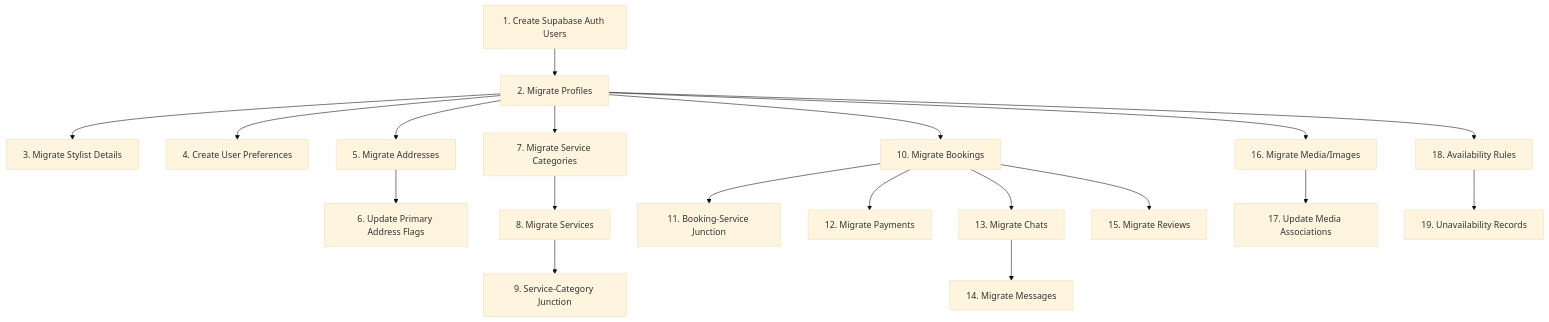
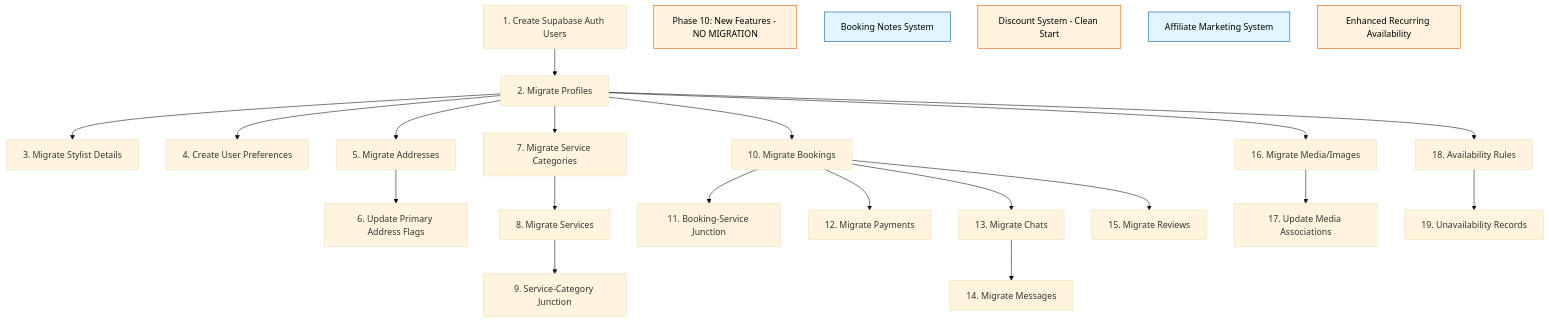
One commit to nabostylisten/nabostylisten changed the diagram in migration-mapping-analysis.md. Above: the diagram before and after it, drawn with Mermaid (base theme). The commit also changed other lines of this file and 6 other files, not shown here.

````diff
--- a/migration-mapping-analysis.md
+++ b/migration-mapping-analysis.md
@@ -512,21 +595,30 @@
 ```mermaid
 graph TD
     A[1. Create Supabase Auth Users] --> B[2. Migrate Profiles]
     B --> C[3. Migrate Stylist Details]
     B --> D[4. Create User Preferences]
     B --> E[5. Migrate Addresses]
     E --> F[6. Update Primary Address Flags]
     B --> G[7. Migrate Service Categories]
     G --> H[8. Migrate Services]
     H --> I[9. Service-Category Junction]
     B --> J[10. Migrate Bookings]
     J --> K[11. Booking-Service Junction]
     J --> L[12. Migrate Payments]
     J --> M[13. Migrate Chats]
     M --> N[14. Migrate Messages]
     J --> O[15. Migrate Reviews]
     B --> P[16. Migrate Media/Images]
     P --> Q[17. Update Media Associations]
     B --> R[18. Availability Rules]
     R --> S[19. Unavailability Records]
+
+    classDef newFeature fill:#e1f5fe,stroke:#01579b,color:#000
+    classDef noMigration fill:#fff3e0,stroke:#e65100,color:#000
+
+    T[Phase 10: New Features - NO MIGRATION]:::noMigration
+    T1[Booking Notes System]:::newFeature
+    T2[Discount System - Clean Start]:::noMigration
+    T3[Affiliate Marketing System]:::newFeature
+    T4[Enhanced Recurring Availability]:::noMigration
 ```
````
